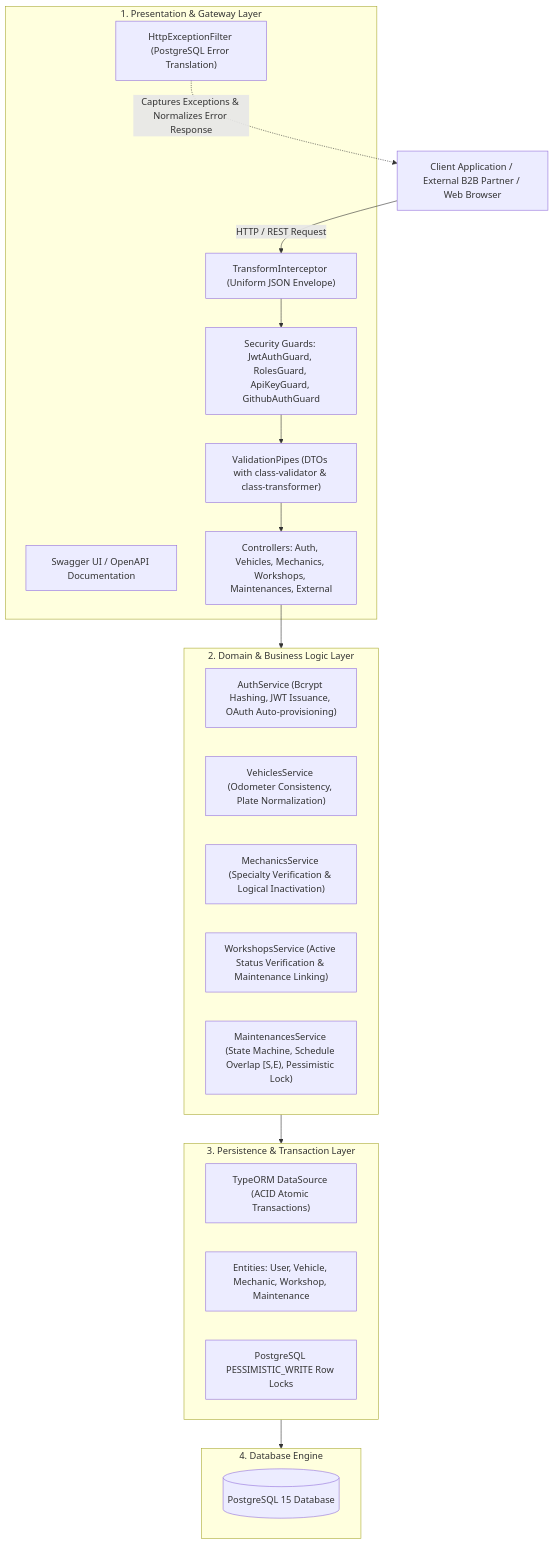
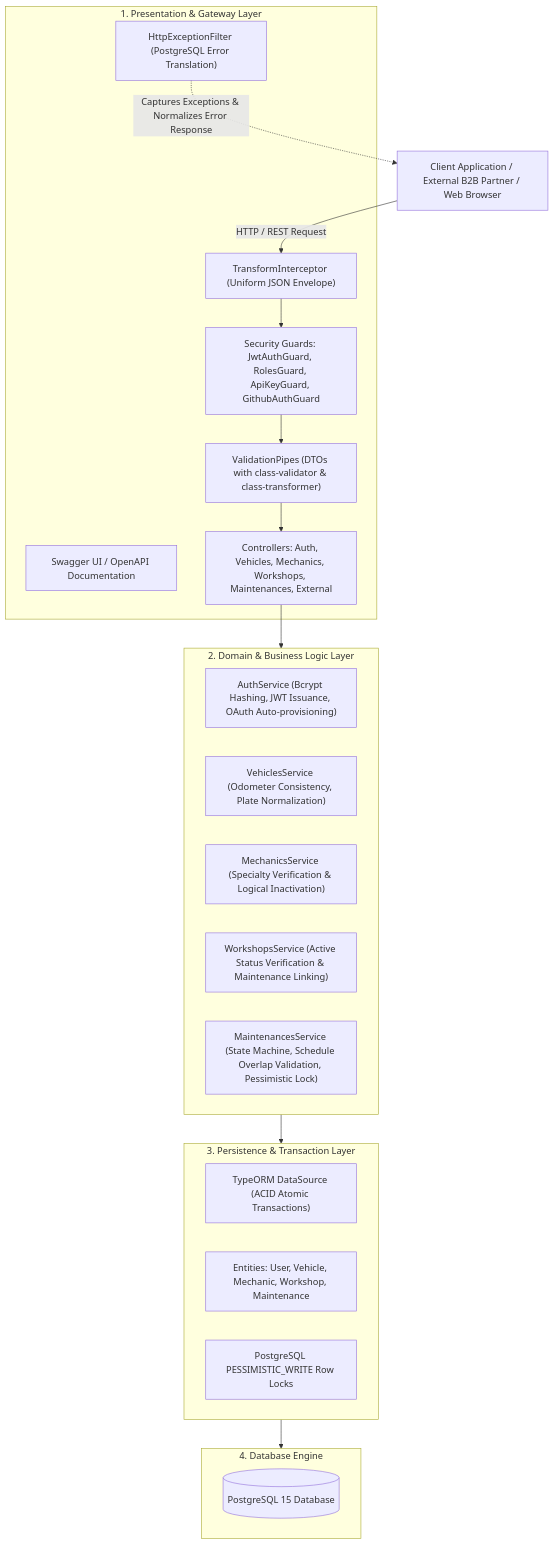
Before and after one commit to alejandrovillanuevaorozco/prueba_desempeno_nestjs: the first of 2 diagrams in README.md, drawn with Mermaid. The commit also changed other lines of this file, not shown here.

Commit message:
fix(docs): resolve Mermaid syntax error on GitHub by simplifying stateDiagram labels and adding markdown table

````diff
--- a/README.md
+++ b/README.md
@@ -39,40 +39,40 @@
 ```mermaid
 flowchart TD
     Client["Client Application / External B2B Partner / Web Browser"]
 
     subgraph Presentation["1. Presentation & Gateway Layer"]
         Swagger["Swagger UI / OpenAPI Documentation"]
         Transform["TransformInterceptor (Uniform JSON Envelope)"]
         Filter["HttpExceptionFilter (PostgreSQL Error Translation)"]
         Guards["Security Guards: JwtAuthGuard, RolesGuard, ApiKeyGuard, GithubAuthGuard"]
         Pipes["ValidationPipes (DTOs with class-validator & class-transformer)"]
         Controllers["Controllers: Auth, Vehicles, Mechanics, Workshops, Maintenances, External"]
     end
 
     subgraph Domain["2. Domain & Business Logic Layer"]
         AuthSvc["AuthService (Bcrypt Hashing, JWT Issuance, OAuth Auto-provisioning)"]
         VehiclesSvc["VehiclesService (Odometer Consistency, Plate Normalization)"]
         MechanicsSvc["MechanicsService (Specialty Verification & Logical Inactivation)"]
         WorkshopsSvc["WorkshopsService (Active Status Verification & Maintenance Linking)"]
-        MaintSvc["MaintenancesService (State Machine, Schedule Overlap [S,E), Pessimistic Lock)"]
+        MaintSvc["MaintenancesService (State Machine, Schedule Overlap Validation, Pessimistic Lock)"]
     end
 
     subgraph Persistence["3. Persistence & Transaction Layer"]
         TypeORM["TypeORM DataSource (ACID Atomic Transactions)"]
         Entities["Entities: User, Vehicle, Mechanic, Workshop, Maintenance"]
         Locks["PostgreSQL PESSIMISTIC_WRITE Row Locks"]
     end
 
     subgraph Storage["4. Database Engine"]
         Postgres[("PostgreSQL 15 Database")]
     end
 
     Client -->|HTTP / REST Request| Transform
     Transform --> Guards
     Guards --> Pipes
     Pipes --> Controllers
     Controllers --> Domain
     Domain --> Persistence
     Persistence --> Storage
     Filter -.->|Captures Exceptions & Normalizes Error Response| Client
 ```
````
